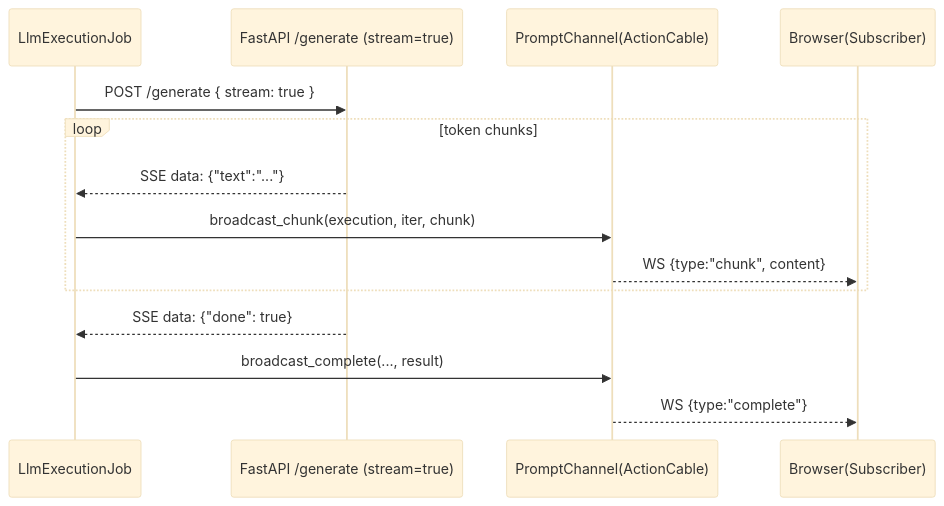
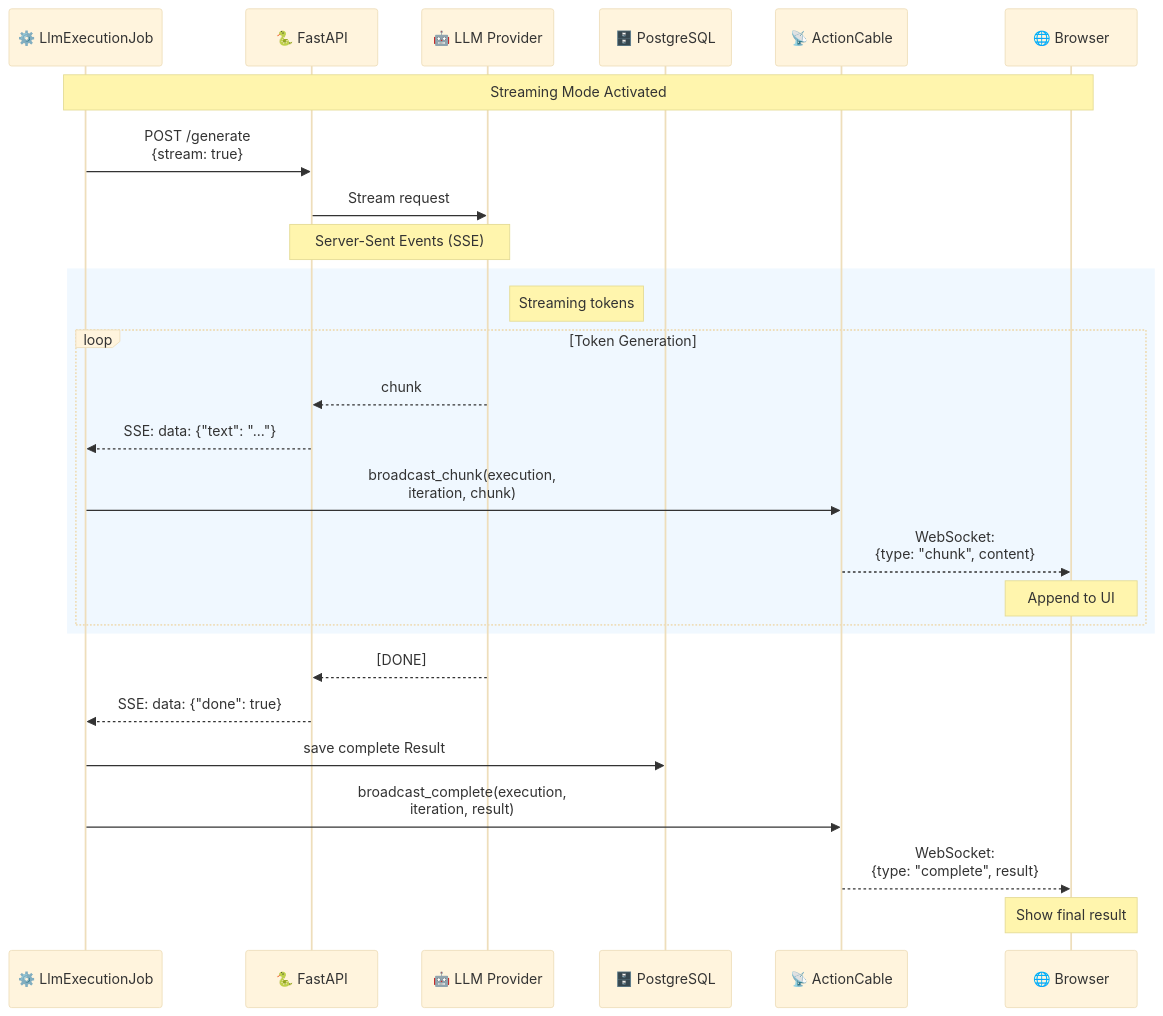
Before and after one commit to ProgressYG/LLMPlayground: the third of 4 diagrams in Architecture.md, drawn with Mermaid (base theme). The commit also changed other lines of this file and 16 other files, not shown here.

````diff
--- a/Architecture.md
+++ b/Architecture.md
@@ -100,17 +244,36 @@
 ```mermaid
 sequenceDiagram
-  participant J as LlmExecutionJob
-  participant F as FastAPI /generate (stream=true)
-  participant AC as PromptChannel(ActionCable)
-  participant B as Browser(Subscriber)
+  participant J as ⚙️ LlmExecutionJob
+  participant F as 🐍 FastAPI
+  participant L as 🤖 LLM Provider
+  participant DB as 🗄️ PostgreSQL
+  participant AC as 📡 ActionCable
+  participant B as 🌐 Browser
 
-  J->>F: POST /generate { stream: true }
-  loop token chunks
-    F-->>J: SSE data: {"text":"..."}
-    J->>AC: broadcast_chunk(execution, iter, chunk)
-    AC-->>B: WS {type:"chunk", content}
+  Note over J,B: Streaming Mode Activated
+  
+  J->>F: POST /generate<br/>{stream: true}
+  F->>L: Stream request
+  
+  Note over F,L: Server-Sent Events (SSE)
+  
+  rect rgb(240, 248, 255)
+    Note right of L: Streaming tokens
+    loop Token Generation
+      L-->>F: chunk
+      F-->>J: SSE: data: {"text": "..."}
+      J->>AC: broadcast_chunk(execution,<br/>iteration, chunk)
+      AC-->>B: WebSocket:<br/>{type: "chunk", content}
+      Note over B: Append to UI
+    end
   end
-  F-->>J: SSE data: {"done": true}
-  J->>AC: broadcast_complete(..., result)
-  AC-->>B: WS {type:"complete"}
+  
+  L-->>F: [DONE]
+  F-->>J: SSE: data: {"done": true}
+  
+  J->>DB: save complete Result
+  J->>AC: broadcast_complete(execution,<br/>iteration, result)
+  AC-->>B: WebSocket:<br/>{type: "complete", result}
+  
+  Note over B: Show final result
 ```
````
